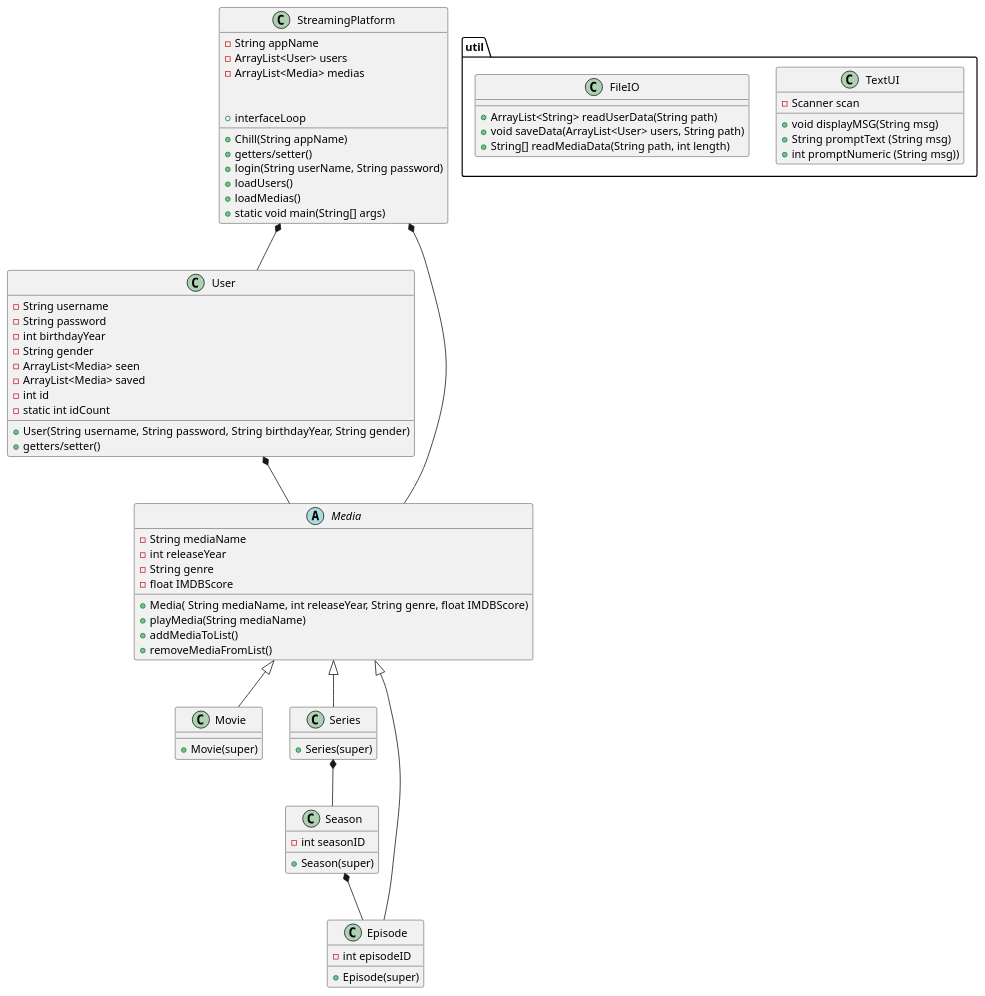
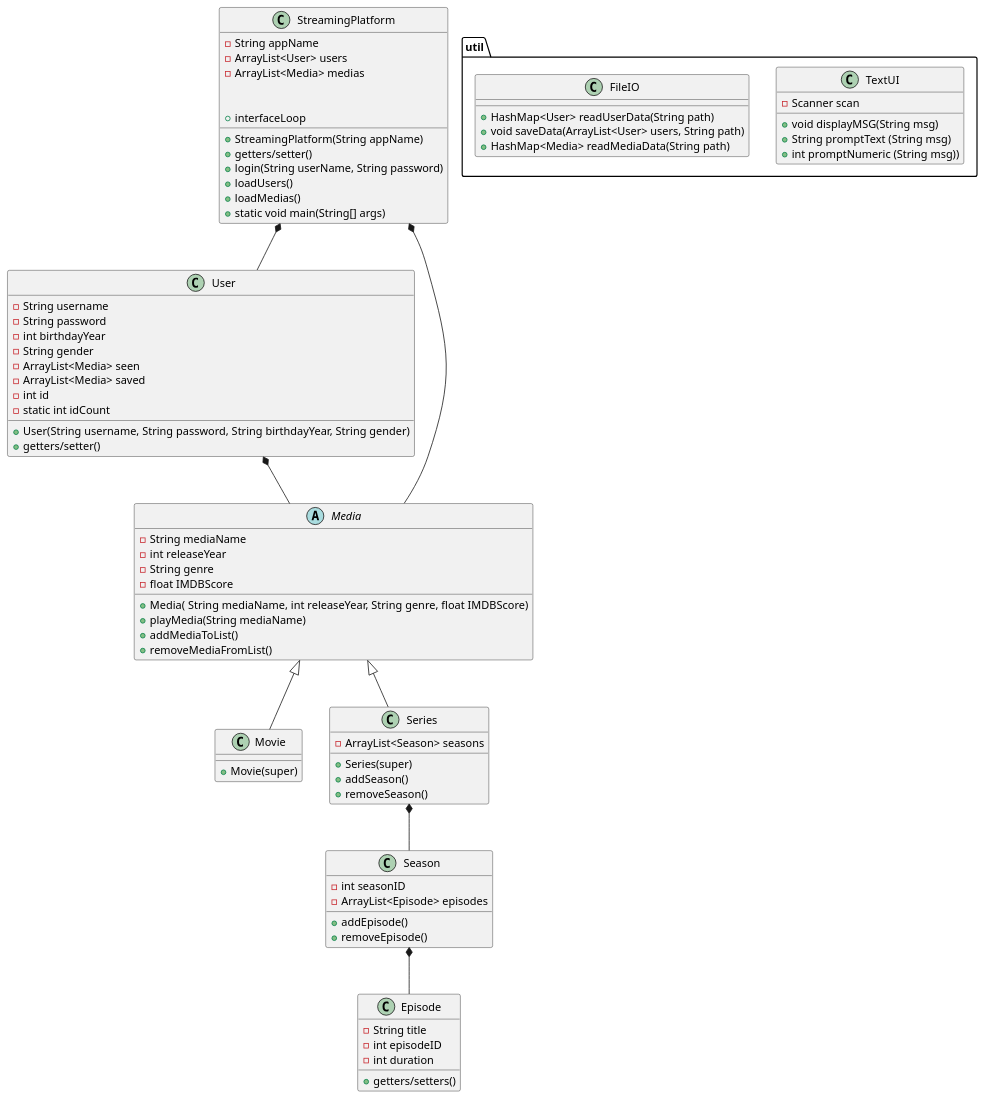
The diagram in doc/classdiagram.puml (niki03125/SP3), drawn with PlantUML before and after one commit.

Commit message:
Classdiagram started

```diff
--- a/doc/classdiagram.puml
+++ b/doc/classdiagram.puml
@@ -1,92 +1,99 @@
 @startuml
 
 class StreamingPlatform{
 - String appName
 - ArrayList<User> users
 - ArrayList<Media> medias
-+ Chill(String appName)
++ StreamingPlatform(String appName)
 
 
 + getters/setter()
 + login(String userName, String password)
 + loadUsers()
 + loadMedias()
 + interfaceLoop
 + static void main(String[] args)
 }
 
 class User{
 - String username
 - String password
 - int birthdayYear
 - String gender
 - ArrayList<Media> seen
 - ArrayList<Media> saved
 - int id
 - static int idCount
 
 + User(String username, String password, String birthdayYear, String gender)
 + getters/setter()
 
 }
 
 package "util"{
 
 class TextUI{
 - Scanner scan
 
 + void displayMSG(String msg)
 + String promptText (String msg)
 + int promptNumeric (String msg))
 }
 
 class FileIO{
-+ ArrayList<String> readUserData(String path)
++ HashMap<User> readUserData(String path)
 + void saveData(ArrayList<User> users, String path)
-+ String[] readMediaData(String path, int length)
++ HashMap<Media> readMediaData(String path)
 }
 
 }
 
 abstract class Media{
 - String mediaName
 - int releaseYear
 - String genre
 - float IMDBScore
 
 + Media( String mediaName, int releaseYear, String genre, float IMDBScore)
 + playMedia(String mediaName)
 + addMediaToList()
 + removeMediaFromList()
 }
 
 class Movie extends Media{
 + Movie(super)
 }
 
 class Series extends Media{
+- ArrayList<Season> seasons
 + Series(super)
++ addSeason()
++ removeSeason()
 }
 
 class Season{
 - int seasonID
-+ Season(super)
+- ArrayList<Episode> episodes
++ addEpisode()
++ removeEpisode()
 }
 
-class Episode extends Media{
--int episodeID
-+ Episode(super)
+class Episode{
+- String title
+- int episodeID
+- int duration
++ getters/setters()
 }
 
 StreamingPlatform *-- Media
 
 User *-- Media
 
 StreamingPlatform *-- User
 
 Series *-- Season
 
 Season *-- Episode
 
 
 @enduml
```
